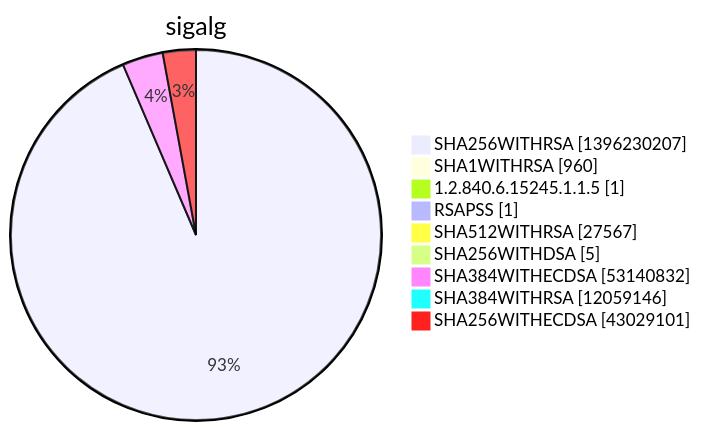
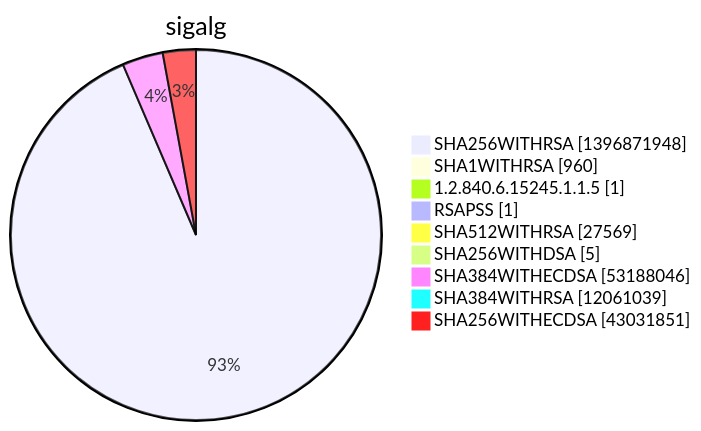
Before and after one commit to christiankrug/ctmonitor_visualization: diagram 15 of 15 in argon2022/README.md, drawn with Mermaid. The commit also changed other lines of this file, not shown here.

````diff
--- a/argon2022/README.md
+++ b/argon2022/README.md
@@ -5524,13 +5524,13 @@
 ```mermaid
 pie showData
 title sigalg
-"SHA256WITHRSA" :1396230207
+"SHA256WITHRSA" :1396871948
 "SHA1WITHRSA" :960
 "1.2.840.6.15245.1.1.5" :1
 "RSAPSS" :1
-"SHA512WITHRSA" :27567
+"SHA512WITHRSA" :27569
 "SHA256WITHDSA" :5
-"SHA384WITHECDSA" :53140832
-"SHA384WITHRSA" :12059146
-"SHA256WITHECDSA" :43029101
+"SHA384WITHECDSA" :53188046
+"SHA384WITHRSA" :12061039
+"SHA256WITHECDSA" :43031851
 ```
````
